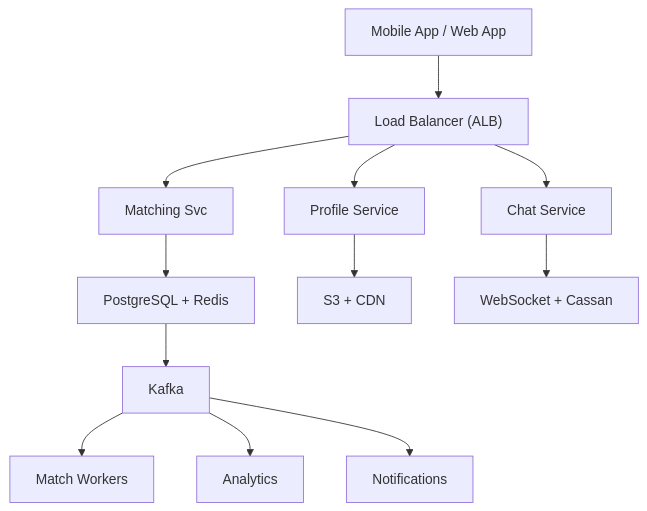
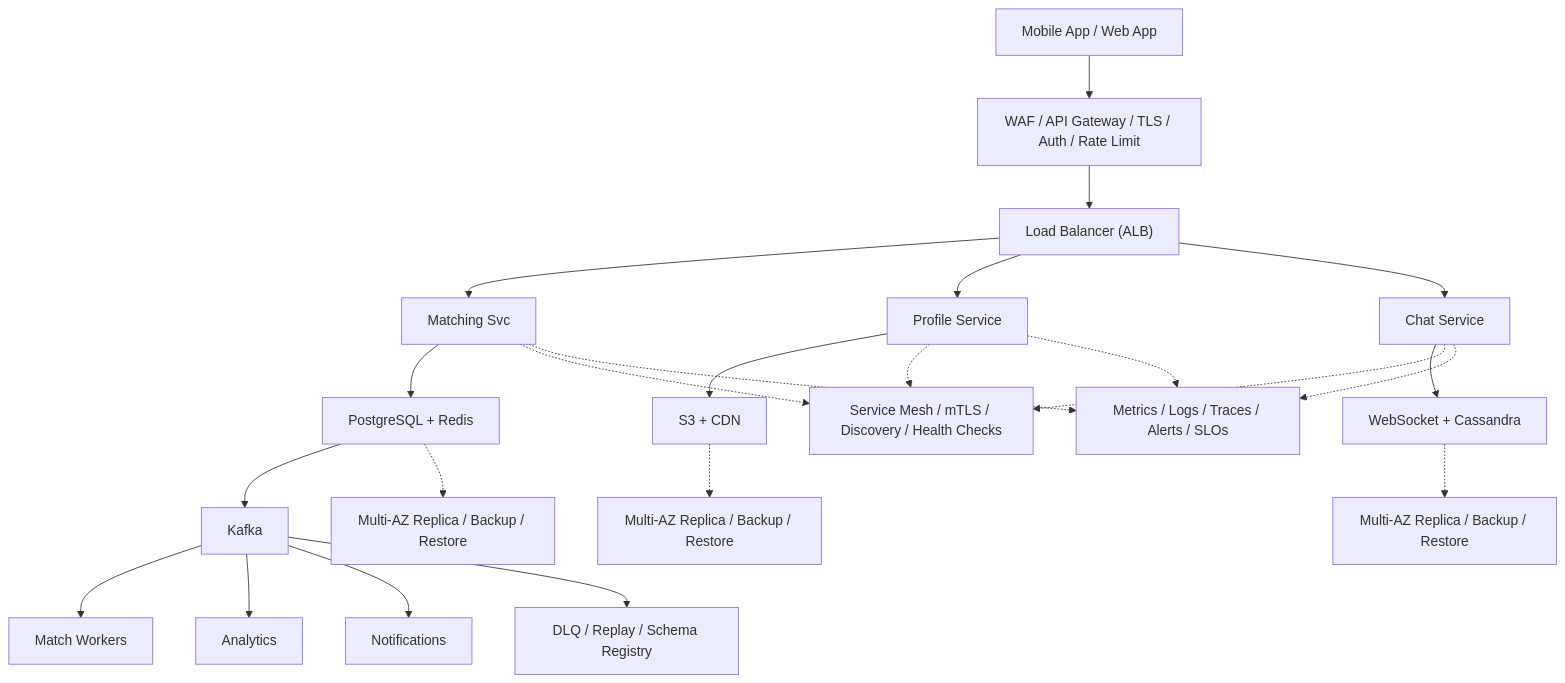
Before and after one commit to aishwary11/system-design: the diagram in system-design-tinder.md, drawn with Mermaid. The commit also changed 31 other files, not shown here.

Commit message:
Add production-grade architecture details

````diff
--- a/system-design-tinder.md
+++ b/system-design-tinder.md
@@ -44,14 +44,25 @@
 ```mermaid
 flowchart TB
-    clients["Mobile App / Web App"] --> lb["Load Balancer (ALB)"]
+    clients["Mobile App / Web App"] --> edge["WAF / API Gateway / TLS / Auth / Rate Limit"]
+    edge --> lb["Load Balancer (ALB)"]
     lb --> svc0["Matching Svc"]
     lb --> svc1["Profile Service"]
     lb --> svc2["Chat Service"]
     svc0 --> store0["PostgreSQL + Redis"]
     svc1 --> store1["S3 + CDN"]
-    svc2 --> store2["WebSocket + Cassan"]
+    svc2 --> store2["WebSocket + Cassandra"]
     store0 --> stream["Kafka"]
     stream --> worker0["Match Workers"]
     stream --> worker1["Analytics"]
     stream --> worker2["Notifications"]
+    svc0 -.-> platform["Service Mesh / mTLS / Discovery / Health Checks"]
+    svc1 -.-> platform
+    svc2 -.-> platform
+    store0 -.-> backup0["Multi-AZ Replica / Backup / Restore"]
+    store1 -.-> backup1["Multi-AZ Replica / Backup / Restore"]
+    store2 -.-> backup2["Multi-AZ Replica / Backup / Restore"]
+    stream --> dlq["DLQ / Replay / Schema Registry"]
+    svc0 -.-> ops["Metrics / Logs / Traces / Alerts / SLOs"]
+    svc1 -.-> ops
+    svc2 -.-> ops
 ```
````
